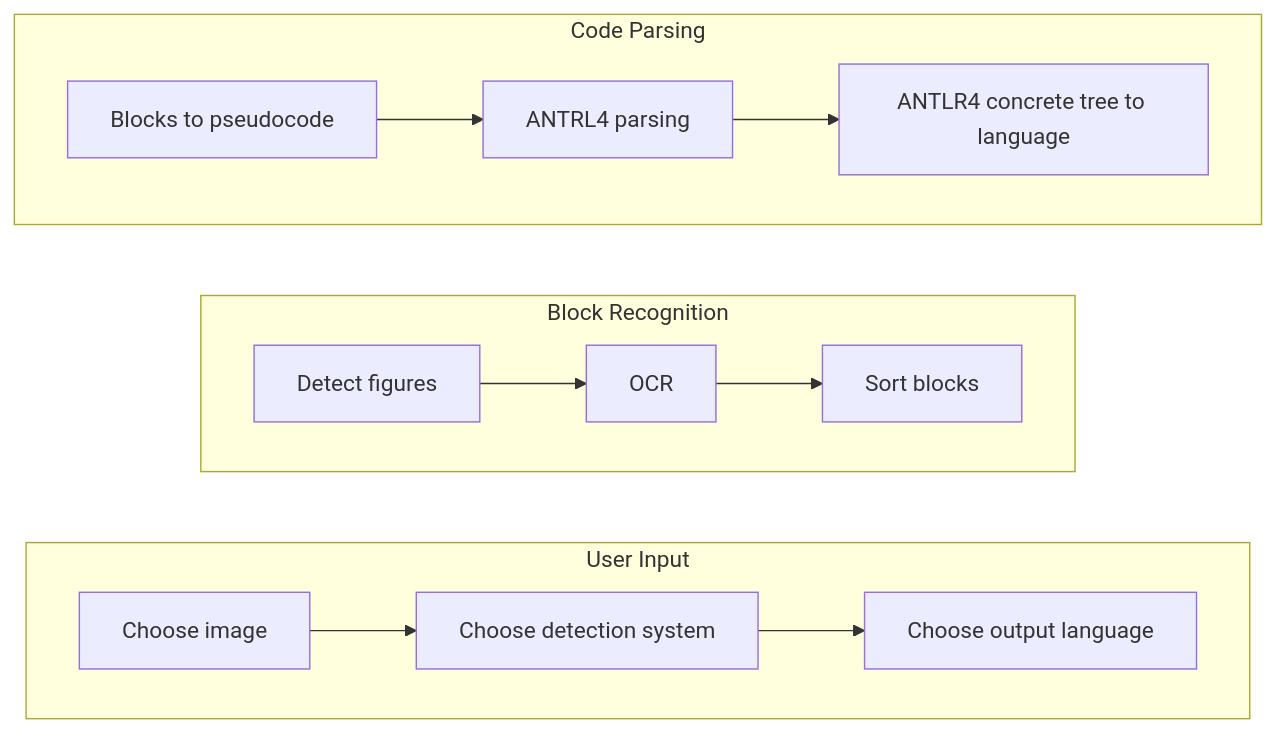
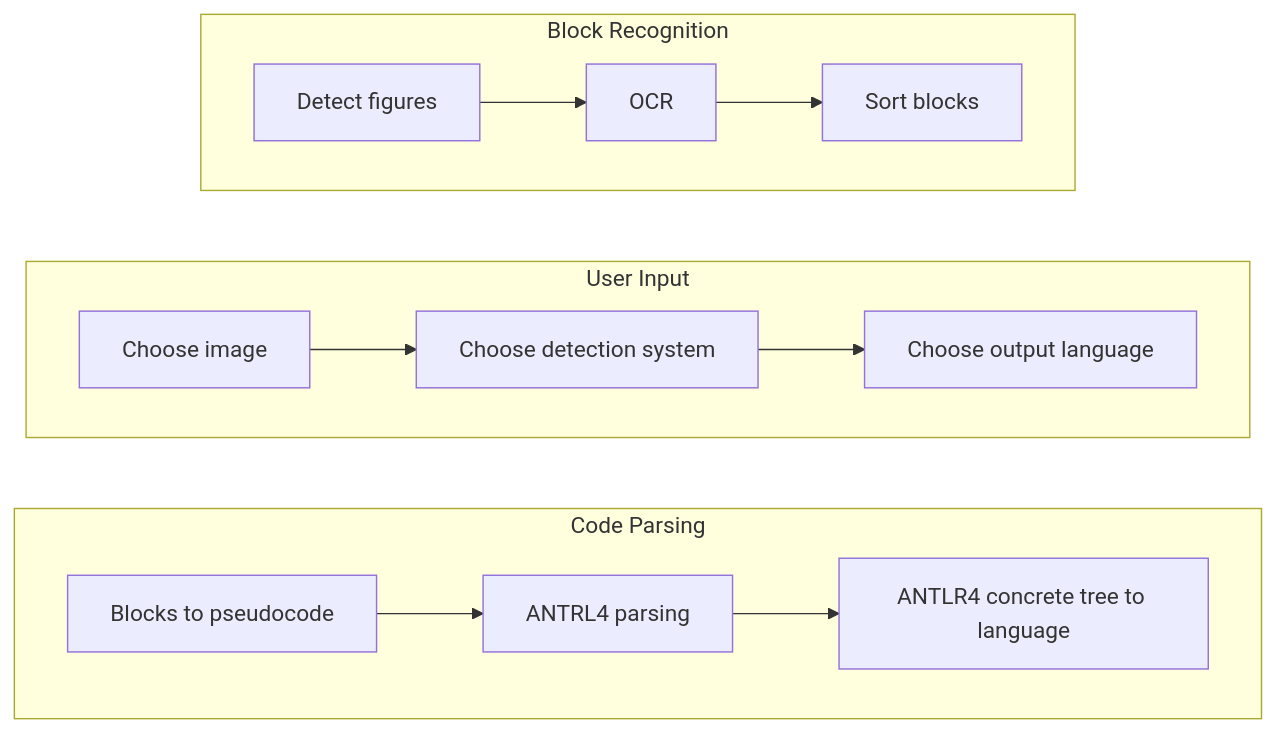
The third of 3 diagrams in README.md (alochimpasplum/Sidekick-S-TFG), drawn with Mermaid before and after one commit.

````diff
--- a/README.md
+++ b/README.md
@@ -56,30 +56,32 @@
 ```mermaid
 graph LR
+  subgraph SUB3[Code Parsing]
+    direction LR
+      G --> H
+      H --> I
+  end
+  
   subgraph SUB1[User Input]
     direction LR
       A --> B
       B --> C
   end
   
   subgraph SUB2[Block Recognition]
     direction LR
       D --> E
       E --> F
   end
   
-  subgraph SUB3[Code Parsing]
-    direction LR
-      G --> H
-      H --> I
-  end
+  
   
   A[Choose image]
   B[Choose detection system]
   C[Choose output language]
   D[Detect figures]
   E[OCR]
   F[Sort blocks]
   G[Blocks to pseudocode]
   H[ANTRL4 parsing]
   I[ANTLR4 concrete tree to language]
 ```
````
